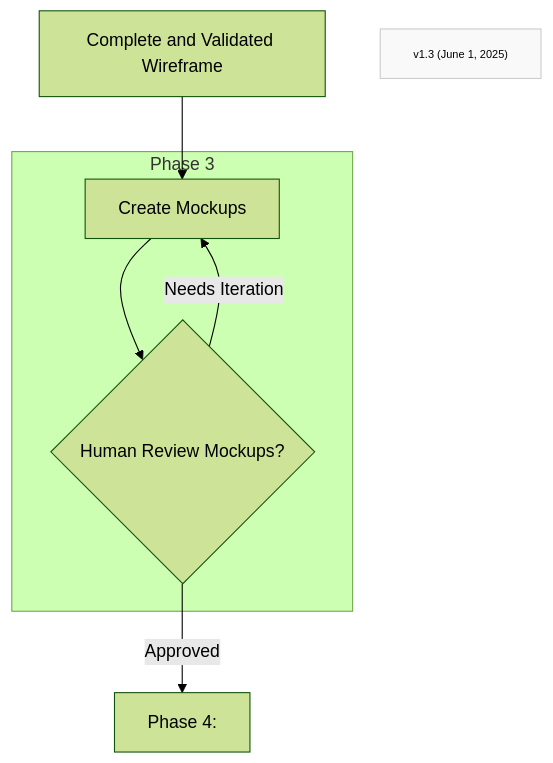
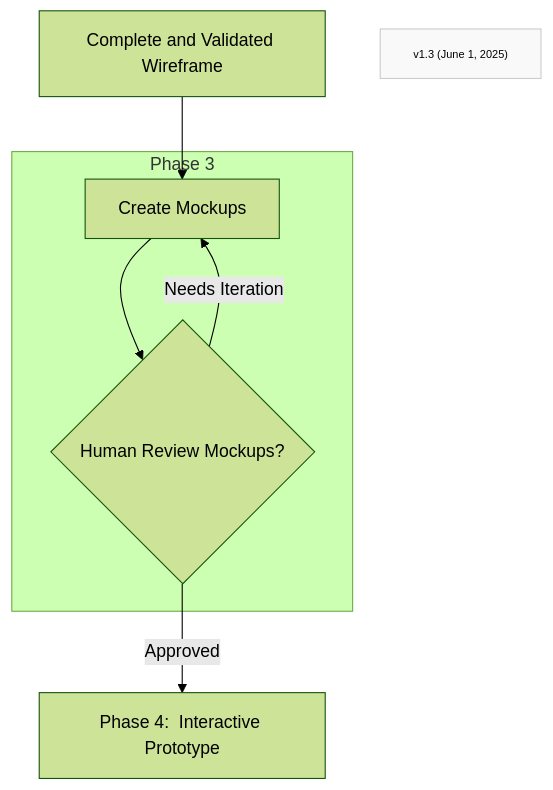
One commit to Mharbulous/Front-First-Method changed the diagram in Method/FF-phase3.md. Above: the diagram before and after it, drawn with Mermaid (forest theme).

Commit message:
Refine Phase 3

````diff
--- a/Method/FF-phase3.md
+++ b/Method/FF-phase3.md
@@ -2,17 +2,17 @@
 ```mermaid
 graph TD
     
 B1["Complete and Validated Wireframe"] --> B2["Create Mockups"]
 
         subgraph Phase3 ["Phase 3"]
         B2 --> B2_Val{"Human Review Mockups?"}
         B2_Val -->|Needs Iteration| B2
     end
 
-B2_Val -->|Approved| B3["Phase 4:  "]
+B2_Val -->|Approved| B3["Phase 4:  Interactive Prototype"]
 
 Version["v1.3 (June 1, 2025)"]    
 classDef version fill:#f9f9f9,stroke:#ccc,font-size:10px
 class Version version
 
 ```
````
